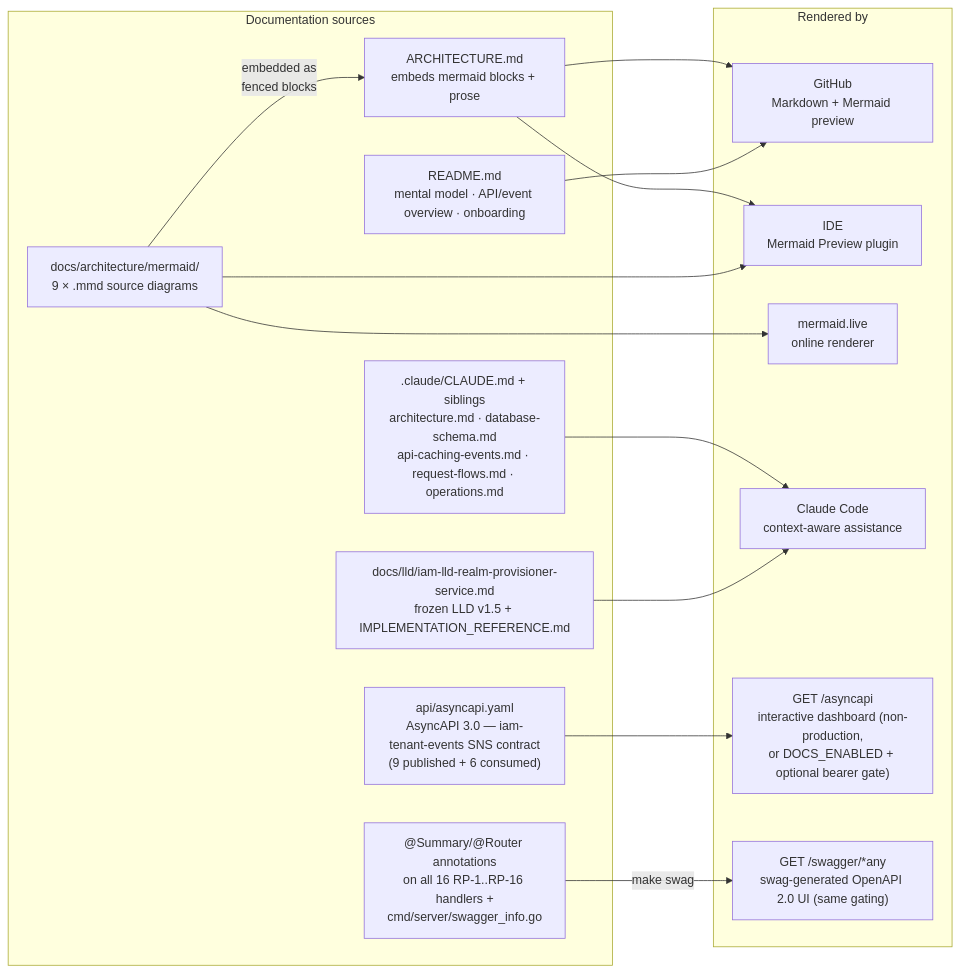
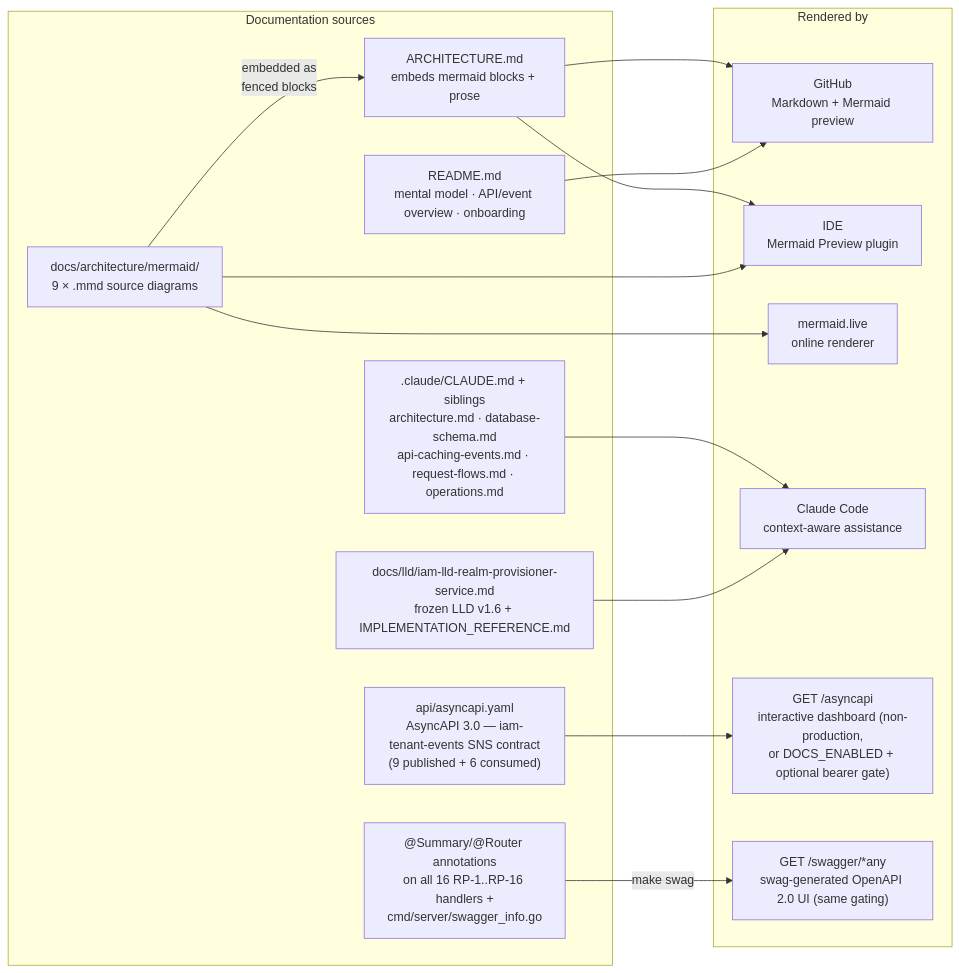
The tenth of 10 diagrams in ARCHITECTURE.md (BCBP-SOLUTIONS-FZC-LLC/iam-realm-provisioner), drawn with Mermaid before and after one commit. The commit also changed other lines of this file and 6 other files, not shown here.

First line of the commit message:
docs: align LLD/README/ARCHITECTURE/.claude with current session's changes

````diff
--- a/ARCHITECTURE.md
+++ b/ARCHITECTURE.md
@@ -1039,30 +1039,30 @@
 ```mermaid
 graph LR
     subgraph sources["Documentation sources"]
         mmd["docs/architecture/mermaid/\n9 × .mmd source diagrams"]
         arch["ARCHITECTURE.md\nembeds mermaid blocks + prose"]
         claude[".claude/CLAUDE.md + siblings\narchitecture.md · database-schema.md\napi-caching-events.md · request-flows.md · operations.md"]
         readme["README.md\nmental model · API/event overview · onboarding"]
         asyncapi_yaml["api/asyncapi.yaml\nAsyncAPI 3.0 — iam-tenant-events SNS contract\n(9 published + 6 consumed)"]
         swag_annot["@Summary/@Router annotations\non all 16 RP-1..RP-16 handlers +\ncmd/server/swagger_info.go"]
-        lld["docs/lld/iam-lld-realm-provisioner-service.md\nfrozen LLD v1.5 + IMPLEMENTATION_REFERENCE.md"]
+        lld["docs/lld/iam-lld-realm-provisioner-service.md\nfrozen LLD v1.6 + IMPLEMENTATION_REFERENCE.md"]
     end
 
     subgraph rendered["Rendered by"]
         github["GitHub\nMarkdown + Mermaid preview"]
         ide["IDE\nMermaid Preview plugin"]
         live["mermaid.live\nonline renderer"]
         claude_ai["Claude Code\ncontext-aware assistance"]
         asyncapi_viewer["GET /asyncapi\ninteractive dashboard (non-production,\nor DOCS_ENABLED + optional bearer gate)"]
         swagger_ui["GET /swagger/*any\nswag-generated OpenAPI 2.0 UI (same gating)"]
     end
 
     mmd  -->|"embedded as\nfenced blocks"| arch
     arch --> github & ide
     mmd  --> live & ide
     claude --> claude_ai
     readme --> github
     lld --> claude_ai
     asyncapi_yaml --> asyncapi_viewer
     swag_annot -->|"make swag"| swagger_ui
 ```
````
